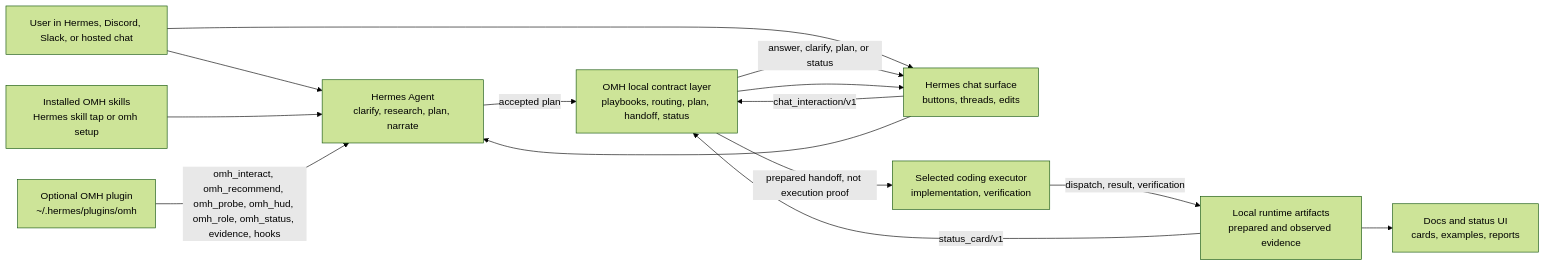
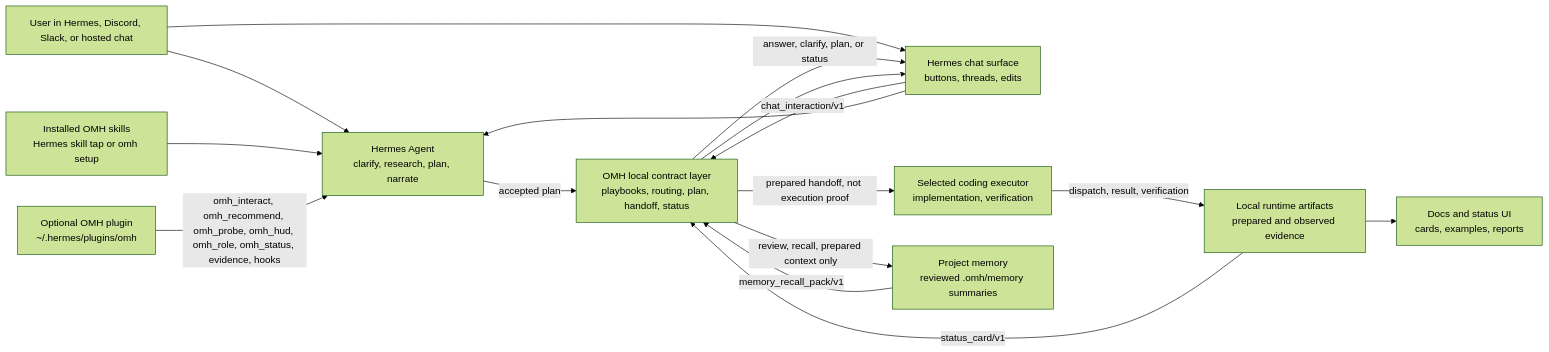
One commit to rlaope/oh-my-hermes changed the diagram in docs/ARCHITECTURE.md. Above: the diagram before and after it, drawn with Mermaid (forest theme). The commit also changed other lines of this file and 22 other files, not shown here.

First line of the commit message:
Add OMH project memory MVP

````diff
--- a/docs/ARCHITECTURE.md
+++ b/docs/ARCHITECTURE.md
@@ -31,26 +32,29 @@
 ```mermaid
 flowchart LR
   user["User in Hermes, Discord, Slack, or hosted chat"]
   skills["Installed OMH skills\nHermes skill tap or omh setup"]
   plugin["Optional OMH plugin\n~/.hermes/plugins/omh"]
   wrapper["Hermes chat surface\nbuttons, threads, edits"]
   omh["OMH local contract layer\nplaybooks, routing, plan, handoff, status"]
   hermes["Hermes Agent\nclarify, research, plan, narrate"]
   executor["Selected coding executor\nimplementation, verification"]
+  memory["Project memory\nreviewed .omh/memory summaries"]
   runtime["Local runtime artifacts\nprepared and observed evidence"]
   site["Docs and status UI\ncards, examples, reports"]
 
   user --> hermes
   skills --> hermes
   plugin -->|"omh_interact, omh_recommend, omh_probe, omh_hud, omh_role, omh_status, evidence, hooks"| hermes
   user --> wrapper
   wrapper -->|"chat_interaction/v1"| omh
   omh -->|"answer, clarify, plan, or status"| wrapper
   wrapper --> hermes
   hermes -->|"accepted plan"| omh
+  omh -->|"review, recall, prepared context only"| memory
+  memory -->|"memory_recall_pack/v1"| omh
   omh -->|"prepared handoff, not execution proof"| executor
   executor -->|"dispatch, result, verification"| runtime
   runtime -->|"status_card/v1"| omh
   omh --> wrapper
   runtime --> site
 ```
````
